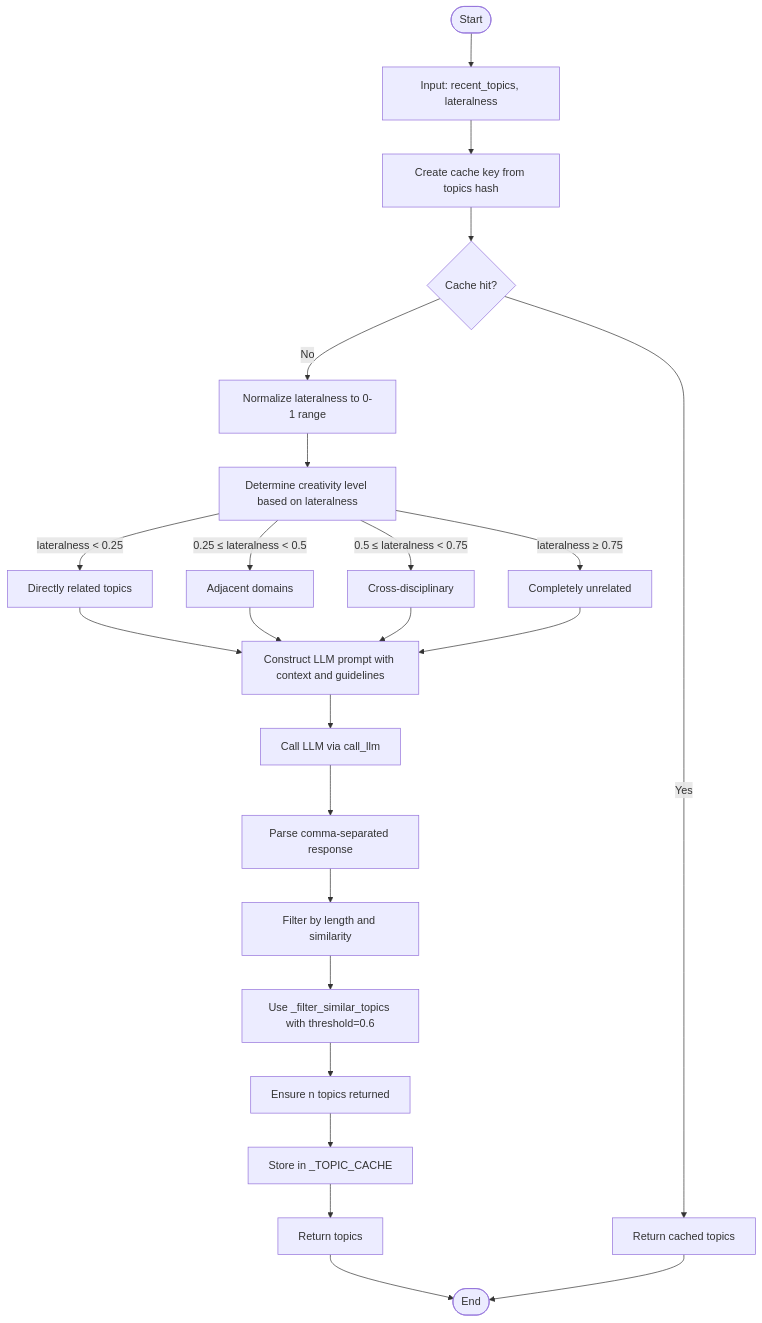
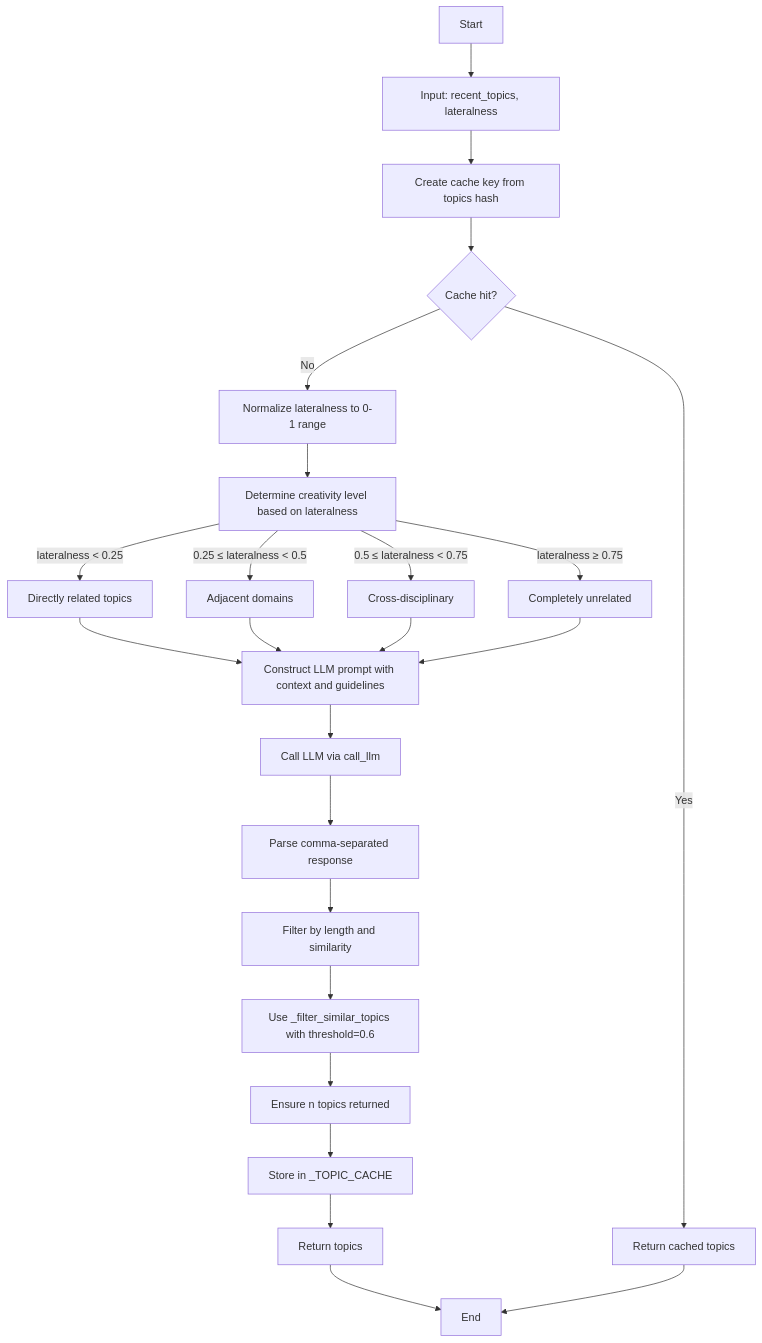
Before and after one commit to Likhithsai2580/RAVANA-WIKI: the third of 6 diagrams in docs/Specialized Modules/Curiosity Trigger.md, drawn with Mermaid. The commit also changed 52 other files, not shown here.

First line of the commit message:
chore(docs): update documentation content, fix Mermaid diagrams, and enhance README

````diff
--- a/docs/Specialized Modules/Curiosity Trigger.md
+++ b/docs/Specialized Modules/Curiosity Trigger.md
@@ -87,26 +87,26 @@
 ```mermaid
 flowchart TD
-Start([Start]) --> Input["Input: recent_topics, lateralness"]
+Start["Start"] --> Input["Input: recent_topics, lateralness"]
 Input --> Hash["Create cache key from topics hash"]
 Hash --> CacheCheck{"Cache hit?"}
 CacheCheck --> |Yes| ReturnCached["Return cached topics"]
 CacheCheck --> |No| Normalize["Normalize lateralness to 0-1 range"]
 Normalize --> LevelCheck["Determine creativity level based on lateralness"]
 LevelCheck --> |lateralness < 0.25| Direct["Directly related topics"]
 LevelCheck --> |0.25 ≤ lateralness < 0.5| Adjacent["Adjacent domains"]
 LevelCheck --> |0.5 ≤ lateralness < 0.75| CrossDisciplinary["Cross-disciplinary"]
 LevelCheck --> |lateralness ≥ 0.75| Unrelated["Completely unrelated"]
 Direct --> Prompt
 Adjacent --> Prompt
 CrossDisciplinary --> Prompt
 Unrelated --> Prompt
 Prompt["Construct LLM prompt with context and guidelines"] --> LLMCall["Call LLM via call_llm"]
 LLMCall --> Parse["Parse comma-separated response"]
 Parse --> Filter["Filter by length and similarity"]
 Filter --> EmbeddingFilter["Use _filter_similar_topics with threshold=0.6"]
 EmbeddingFilter --> EnsureN["Ensure n topics returned"]
 EnsureN --> CacheStore["Store in _TOPIC_CACHE"]
 CacheStore --> Return["Return topics"]
-Return --> End([End])
+Return --> End["End"]
 ReturnCached --> End
 ```
````
